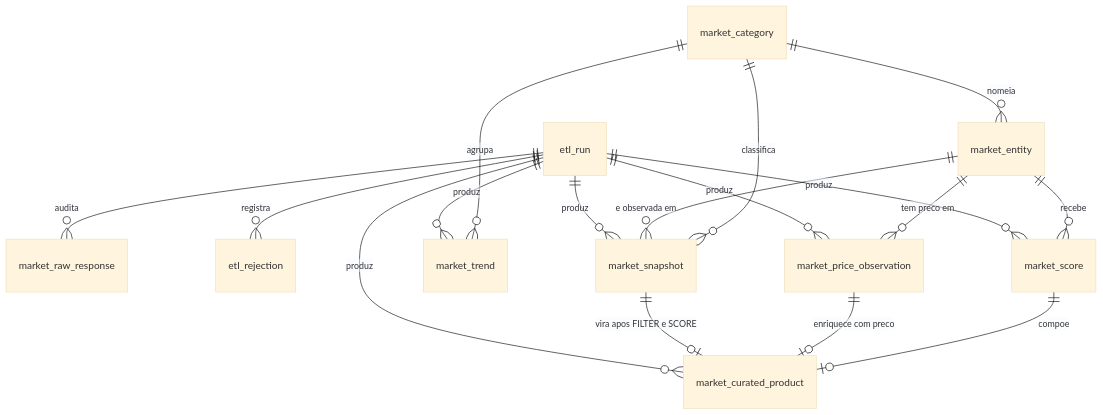
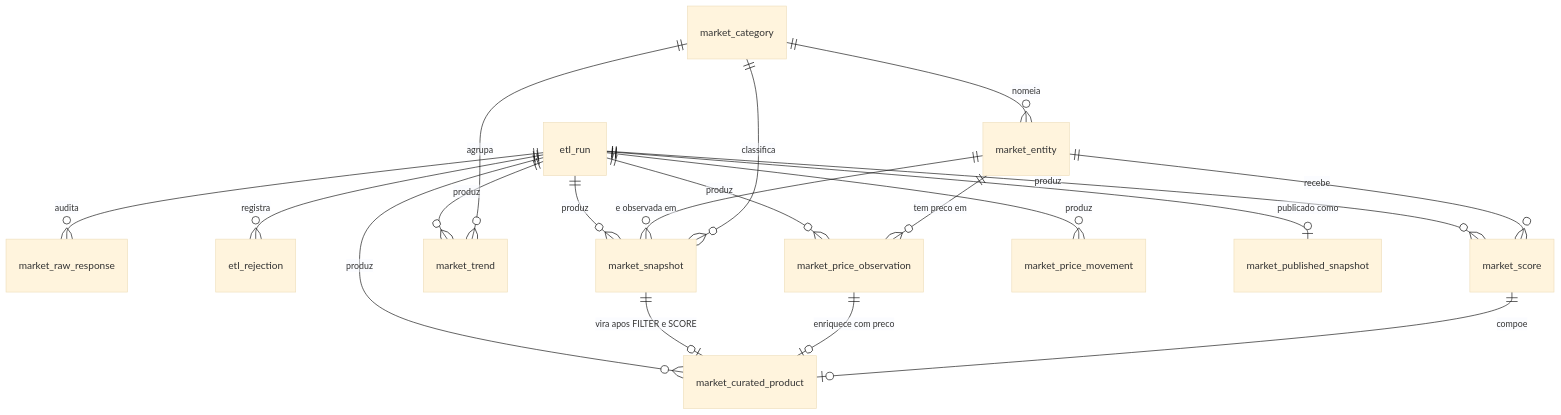
Before and after one commit to undercontroll-inc/etl: diagram 11 of 12 in README.md, drawn with Mermaid (base theme). The commit also changed other lines of this file and 3 other files, not shown here.

````diff
--- a/README.md
+++ b/README.md
@@ -503,21 +536,23 @@
 ```mermaid
 erDiagram
     etl_run ||--o{ market_raw_response : "audita"
     etl_run ||--o{ etl_rejection : "registra"
     etl_run ||--o{ market_snapshot : "produz"
     etl_run ||--o{ market_trend : "produz"
     etl_run ||--o{ market_price_observation : "produz"
     etl_run ||--o{ market_score : "produz"
     etl_run ||--o{ market_curated_product : "produz"
+    etl_run ||--o{ market_price_movement : "produz"
+    etl_run ||--o| market_published_snapshot : "publicado como"
 
     market_entity ||--o{ market_snapshot : "e observada em"
     market_entity ||--o{ market_price_observation : "tem preco em"
     market_entity ||--o{ market_score : "recebe"
     market_category ||--o{ market_snapshot : "classifica"
     market_category ||--o{ market_entity : "nomeia"
     market_category ||--o{ market_trend : "agrupa"
 
     market_snapshot ||--o| market_curated_product : "vira apos FILTER e SCORE"
     market_price_observation ||--o| market_curated_product : "enriquece com preco"
     market_score ||--o| market_curated_product : "compoe"
 ```
````
